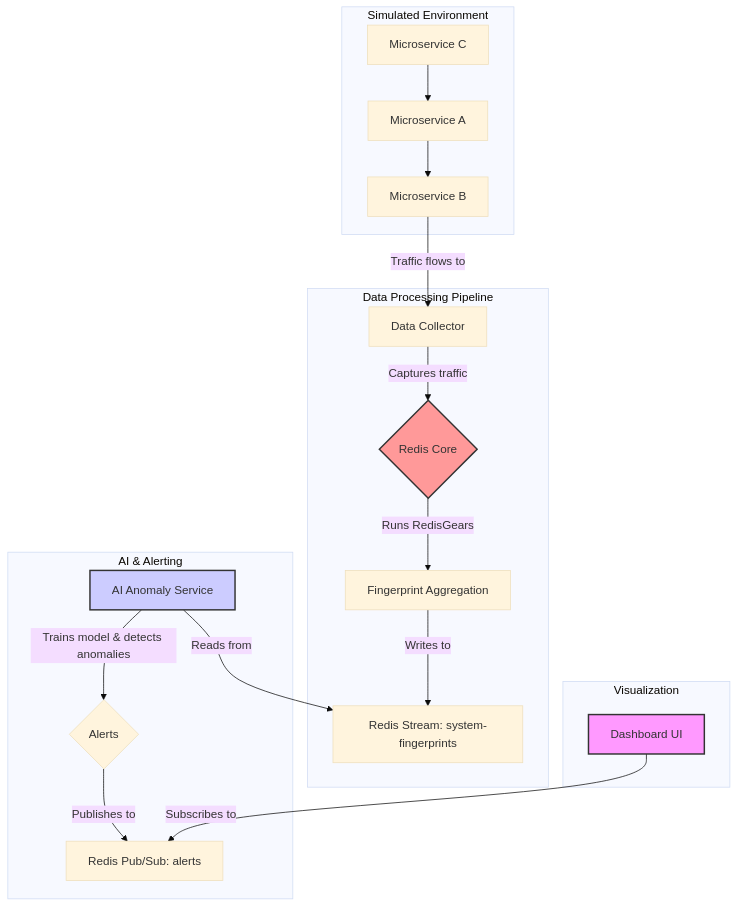
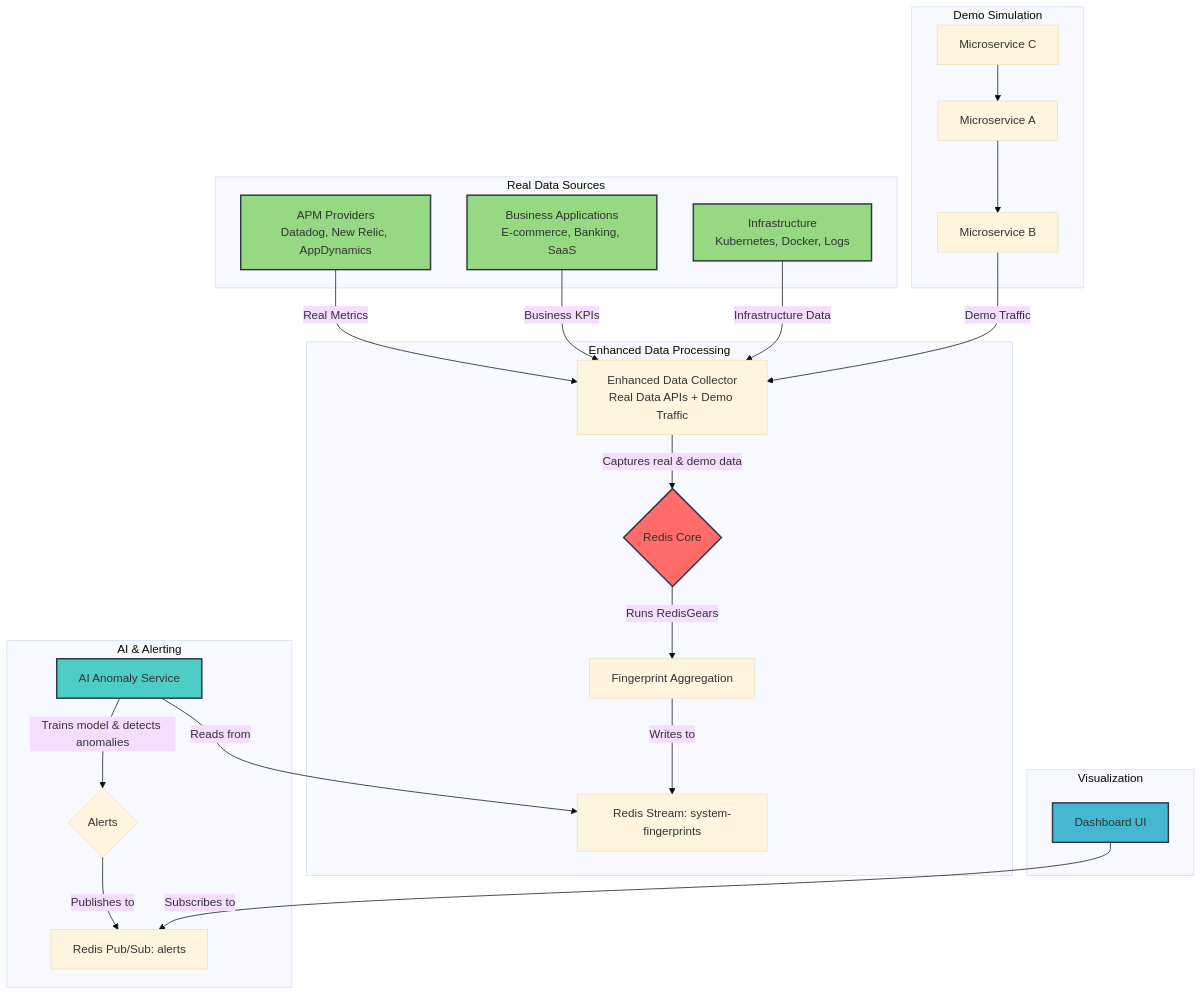
One commit to ntanwir10/AI-Anamoly-Detector changed the first of 2 diagrams in README.md. Above: the diagram before and after it, drawn with Mermaid (base theme). The commit also changed other lines of this file and 45 other files, not shown here.

````diff
--- a/README.md
+++ b/README.md
@@ -19,29 +125,41 @@
 ```mermaid
 graph TD
-    subgraph Simulated Environment
+    subgraph Real Data Sources
+        APM[APM Providers<br/>Datadog, New Relic, AppDynamics]
+        BUSINESS[Business Applications<br/>E-commerce, Banking, SaaS]
+        INFRA[Infrastructure<br/>Kubernetes, Docker, Logs]
+    end
+
+    subgraph Demo Simulation
         A[Microservice A] --> B[Microservice B]
         C[Microservice C] --> A
     end
 
-    subgraph Data Processing Pipeline
-        D[Data Collector] -- Captures traffic --> E{Redis Core}
+    subgraph Enhanced Data Processing
+        D[Enhanced Data Collector<br/>Real Data APIs + Demo Traffic] -- Captures real & demo data --> E{Redis Core}
         E -- Runs RedisGears --> F[Fingerprint Aggregation]
         F -- Writes to --> G[Redis Stream: system-fingerprints]
     end
 
     subgraph AI & Alerting
         H[AI Anomaly Service] -- Reads from --> G
         H -- Trains model & detects anomalies --> I{Alerts}
         I -- Publishes to --> J[Redis Pub/Sub: alerts]
     end
 
     subgraph Visualization
         K[Dashboard UI] -- Subscribes to --> J
     end
 
-    B -- Traffic flows to --> D
+    APM -->|Real Metrics| D
+    BUSINESS -->|Business KPIs| D
+    INFRA -->|Infrastructure Data| D
+    B -- Demo Traffic --> D
 
-    style E fill:#f99,stroke:#333,stroke-width:2px
-    style H fill:#ccf,stroke:#333,stroke-width:2px
-    style K fill:#f9f,stroke:#333,stroke-width:2px
+    style E fill:#ff6b6b,stroke:#2d3748,stroke-width:2px
+    style H fill:#4ecdc4,stroke:#2d3748,stroke-width:2px
+    style K fill:#45b7d1,stroke:#2d3748,stroke-width:2px
+    style APM fill:#96d982,stroke:#2d3748,stroke-width:2px
+    style BUSINESS fill:#96d982,stroke:#2d3748,stroke-width:2px
+    style INFRA fill:#96d982,stroke:#2d3748,stroke-width:2px
 ```
````
